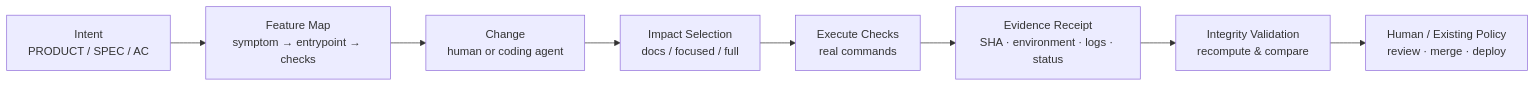
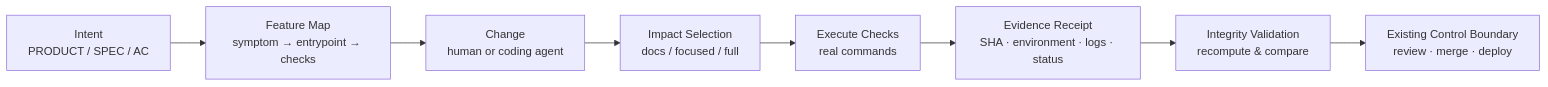
The diagram in README.md (capitalparser/verifiable-dev-harness), drawn with Mermaid before and after one commit. The commit also changed other lines of this file, not shown here.

````diff
--- a/README.md
+++ b/README.md
@@ -30,10 +51,10 @@
 ```mermaid
 flowchart LR
     A["Intent<br/>PRODUCT / SPEC / AC"] --> B["Feature Map<br/>symptom → entrypoint → checks"]
     B --> C["Change<br/>human or coding agent"]
     C --> D["Impact Selection<br/>docs / focused / full"]
     D --> E["Execute Checks<br/>real commands"]
     E --> F["Evidence Receipt<br/>SHA · environment · logs · status"]
     F --> G["Integrity Validation<br/>recompute & compare"]
-    G --> H["Human / Existing Policy<br/>review · merge · deploy"]
+    G --> H["Existing Control Boundary<br/>review · merge · deploy"]
 ```
````
